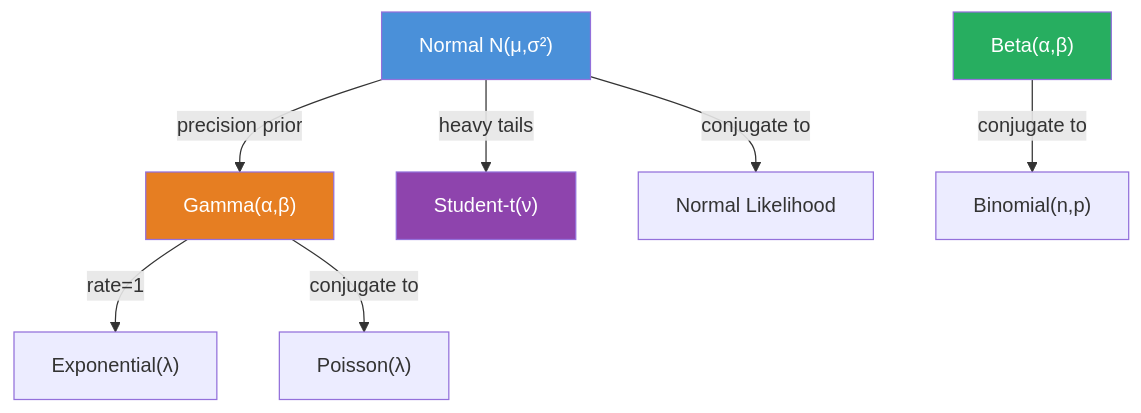
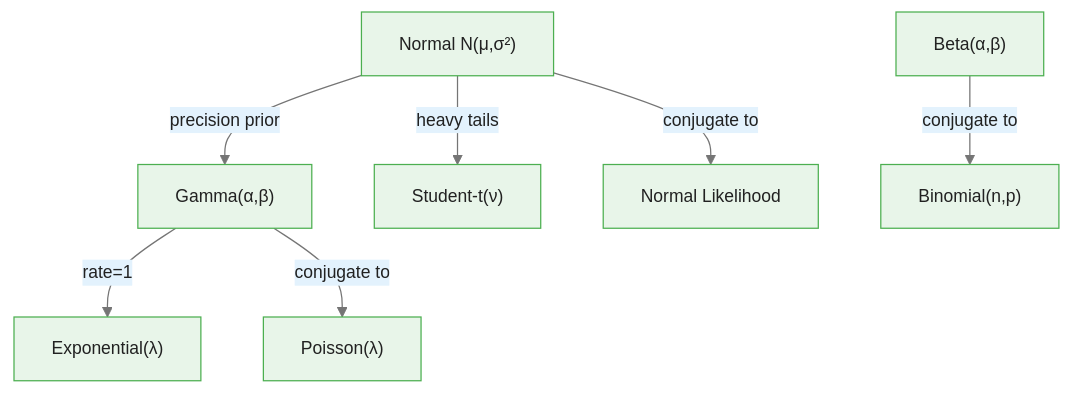
The second of 5 diagrams in courses/bayesian-commodity-forecasting/modules/module_00_foundations/guides/01_probability_review_slides.md (m-deane/course-creator), drawn with Mermaid before and after one commit. The commit also changed other lines of this file and 104 other files, not shown here.

````diff
--- a/courses/bayesian-commodity-forecasting/modules/module_00_foundations/guides/01_probability_review_slides.md
+++ b/courses/bayesian-commodity-forecasting/modules/module_00_foundations/guides/01_probability_review_slides.md
@@ -148,13 +165,10 @@
 ```mermaid
+%%{init: {"theme": "base", "themeVariables": {"primaryColor": "#e8f5e9", "primaryBorderColor": "#4caf50", "primaryTextColor": "#212121", "secondaryColor": "#e3f2fd", "tertiaryColor": "#fff8e1", "lineColor": "#757575", "fontFamily": "Inter, sans-serif", "fontSize": "14px"}}}%%
 flowchart TD
     N["Normal N(μ,σ²)"] -->|"precision prior"| G["Gamma(α,β)"]
     N -->|"heavy tails"| T["Student-t(ν)"]
     G -->|"rate=1"| E["Exponential(λ)"]
     B["Beta(α,β)"] -->|"conjugate to"| Bin["Binomial(n,p)"]
     G -->|"conjugate to"| Poi["Poisson(λ)"]
     N -->|"conjugate to"| NL["Normal Likelihood"]
-    style N fill:#4a90d9,color:#fff
-    style G fill:#e67e22,color:#fff
-    style B fill:#27ae60,color:#fff
-    style T fill:#8e44ad,color:#fff
 ```
````
